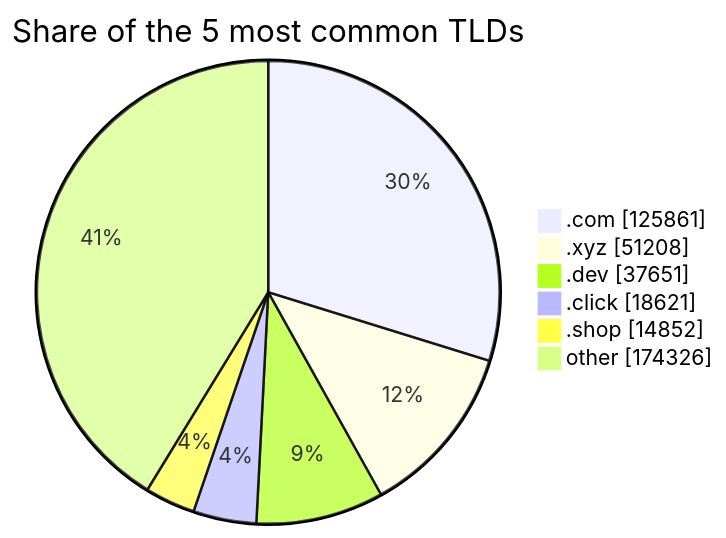
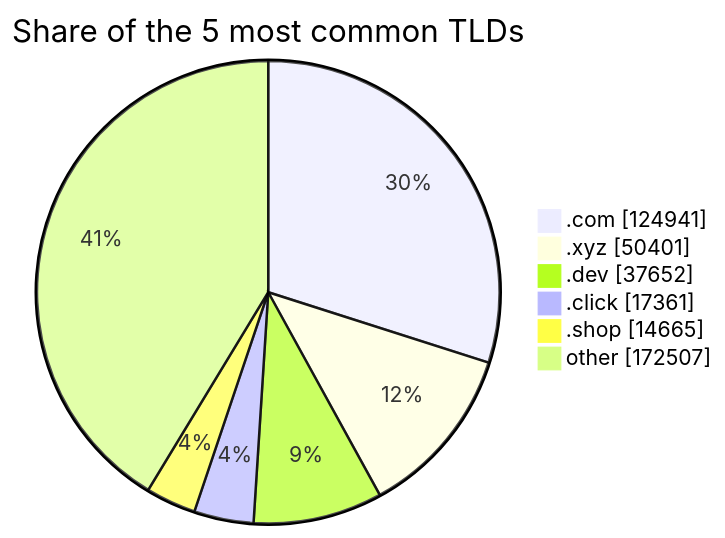
Before and after one commit to DNSBunker/CTI: the third of 3 diagrams in README.md, drawn with Mermaid. The commit also changed other lines of this file and 3 other files, not shown here.

````diff
--- a/README.md
+++ b/README.md
@@ -81,9 +81,9 @@
 ```mermaid
 pie showData title Share of the 5 most common TLDs
-    ".com" : 125861
-    ".xyz" : 51208
-    ".dev" : 37651
-    ".click" : 18621
-    ".shop" : 14852
-    "other" : 174326
+    ".com" : 124941
+    ".xyz" : 50401
+    ".dev" : 37652
+    ".click" : 17361
+    ".shop" : 14665
+    "other" : 172507
 ```
````
